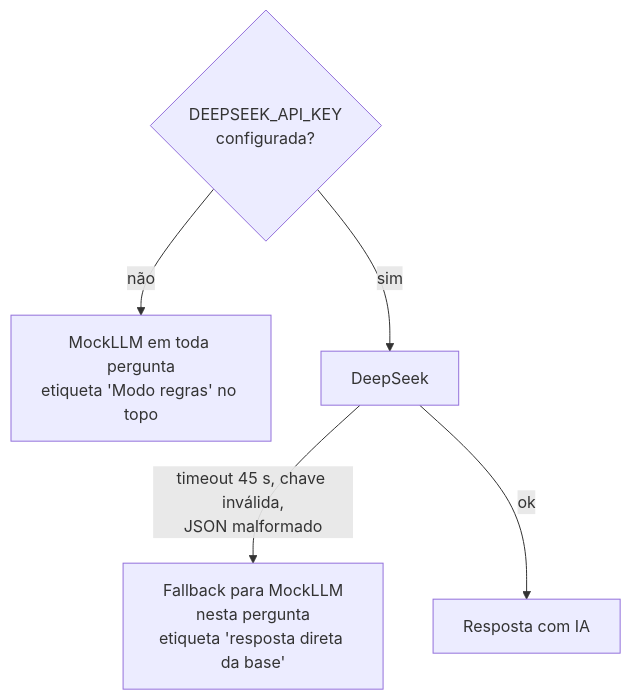
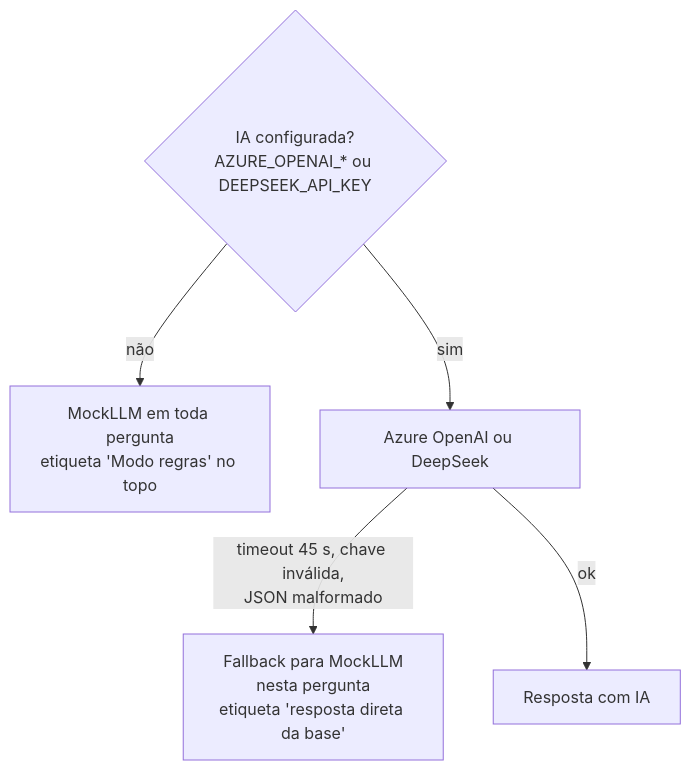
Before and after one commit to ivanltds/ntt-power-house: diagram 15 of 16 in radar-v0/docs/COMO-FUNCIONA-O-RADAR.md, drawn with Mermaid. The commit also changed other lines of this file and 9 other files, not shown here.

First line of the commit message:
Radar: textos e documentação com Azure OpenAI, .dockerignore fechado e guia de deploy revisado

````diff
--- a/radar-v0/docs/COMO-FUNCIONA-O-RADAR.md
+++ b/radar-v0/docs/COMO-FUNCIONA-O-RADAR.md
@@ -663,7 +663,7 @@
 ```mermaid
 flowchart TD
-  A{DEEPSEEK_API_KEY<br/>configurada?} -->|não| M[MockLLM em toda pergunta<br/>etiqueta 'Modo regras' no topo]
-  A -->|sim| D[DeepSeek]
+  A{IA configurada?<br/>AZURE_OPENAI_* ou DEEPSEEK_API_KEY} -->|não| M[MockLLM em toda pergunta<br/>etiqueta 'Modo regras' no topo]
+  A -->|sim| D[Azure OpenAI ou DeepSeek]
   D -->|timeout 45 s, chave inválida,<br/>JSON malformado| F[Fallback para MockLLM<br/>nesta pergunta<br/>etiqueta 'resposta direta da base']
   D -->|ok| OK[Resposta com IA]
 ```
````
